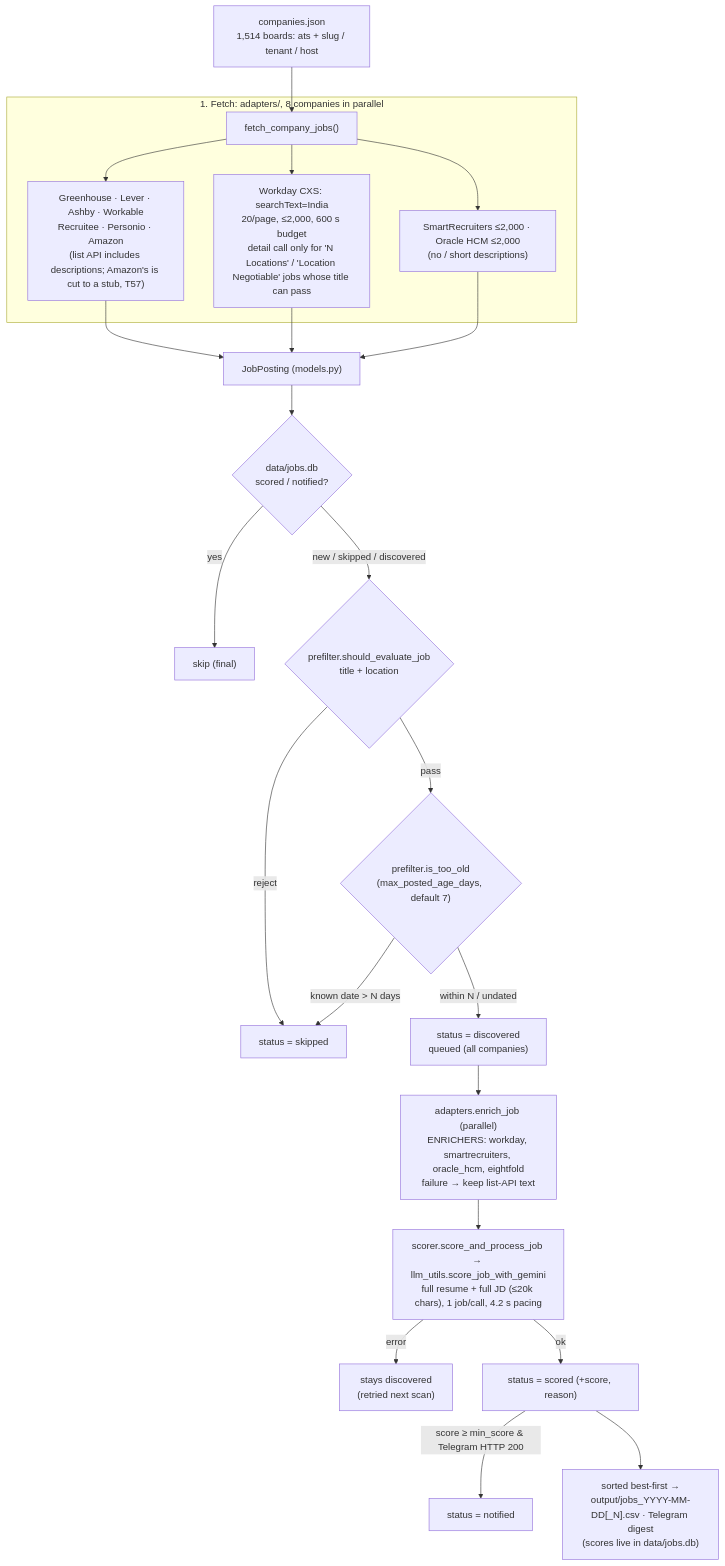
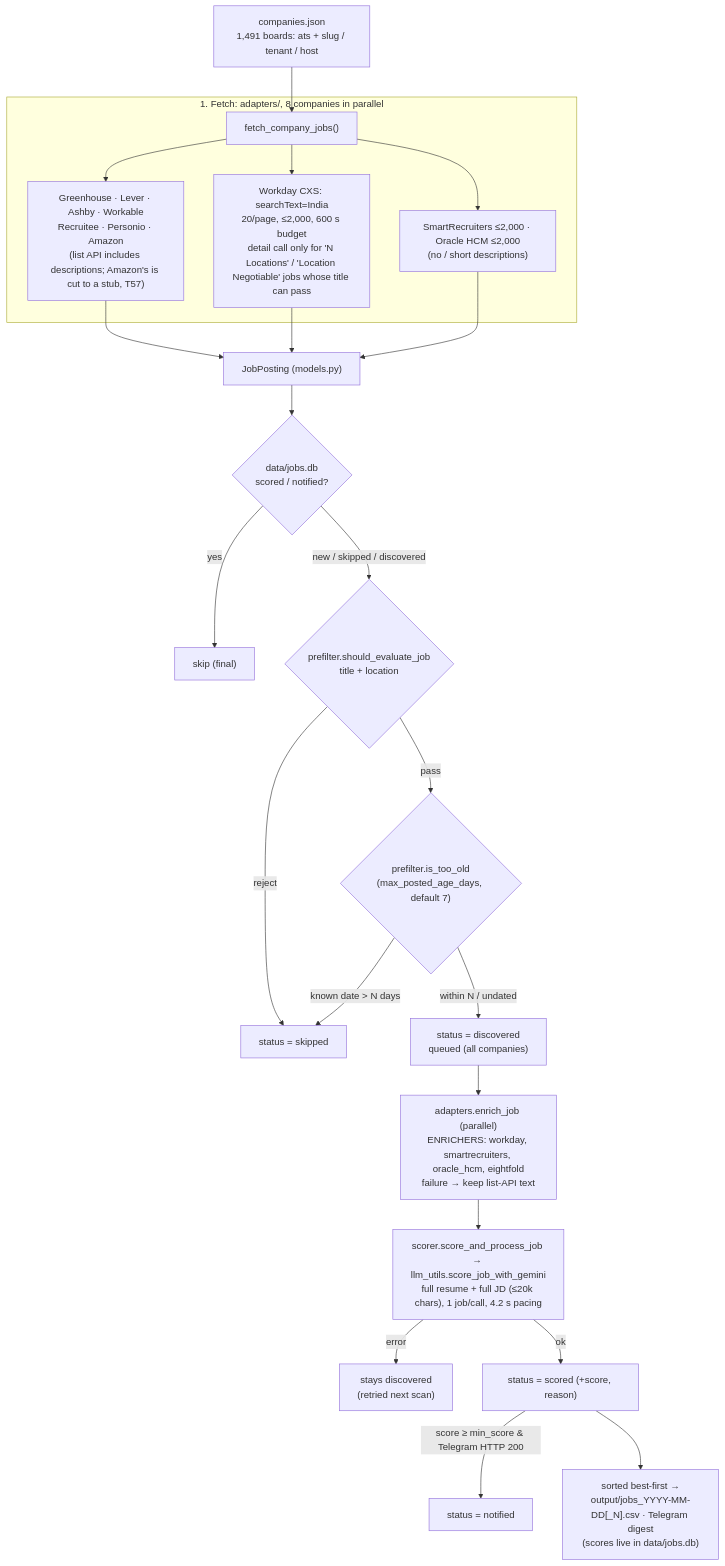
The diagram in ARCHITECTURE.md (Manish814142/rolesight), drawn with Mermaid before and after one commit. The commit also changed 4 other files, not shown here.

First line of the commit message:
T115: drop the 21 Metro Manila-only boards and two more that failed the recheck; companies.json 1,514 -> 1,491

````diff
--- a/ARCHITECTURE.md
+++ b/ARCHITECTURE.md
@@ -19,25 +19,25 @@
 ```mermaid
 flowchart TD
-    COMP["companies.json<br/>1,514 boards: ats + slug / tenant / host"] --> FETCH
+    COMP["companies.json<br/>1,491 boards: ats + slug / tenant / host"] --> FETCH
     subgraph Fetch ["1. Fetch: adapters/, 8 companies in parallel"]
         FETCH["fetch_company_jobs()"] --> LISTAPI["Greenhouse · Lever · Ashby · Workable<br/>Recruitee · Personio · Amazon<br/>(list API includes descriptions; Amazon's is cut to a stub, T57)"]
         FETCH --> WD["Workday CXS: searchText=India<br/>20/page, ≤2,000, 600 s budget<br/>detail call only for 'N Locations' / 'Location Negotiable' jobs whose title can pass"]
         FETCH --> SROH["SmartRecruiters ≤2,000 · Oracle HCM ≤2,000<br/>(no / short descriptions)"]
     end
     LISTAPI --> JP["JobPosting (models.py)"]
     WD --> JP
     SROH --> JP
     JP --> DEDUP{"data/jobs.db<br/>scored / notified?"}
     DEDUP -- yes --> SKIPF["skip (final)"]
     DEDUP -- "new / skipped / discovered" --> PF{"prefilter.should_evaluate_job<br/>title + location"}
     PF -- reject --> SKIPPED["status = skipped"]
     PF -- pass --> AGE{"prefilter.is_too_old<br/>(max_posted_age_days, default 7)"}
     AGE -- "known date > N days" --> SKIPPED
     AGE -- "within N / undated" --> QUEUE["status = discovered<br/>queued (all companies)"]
     QUEUE --> ENRICH["adapters.enrich_job (parallel)<br/>ENRICHERS: workday, smartrecruiters, oracle_hcm, eightfold<br/>failure → keep list-API text"]
     ENRICH --> SCORE["scorer.score_and_process_job → llm_utils.score_job_with_gemini<br/>full resume + full JD (≤20k chars), 1 job/call, 4.2 s pacing"]
     SCORE -- error --> DISC["stays discovered<br/>(retried next scan)"]
     SCORE -- ok --> SCORED["status = scored (+score, reason)"]
     SCORED -- "score ≥ min_score & Telegram HTTP 200" --> NOTIFIED["status = notified"]
     SCORED --> OUT["sorted best-first →<br/>output/jobs_YYYY-MM-DD[_N].csv · Telegram digest<br/>(scores live in data/jobs.db)"]
 ```
````
